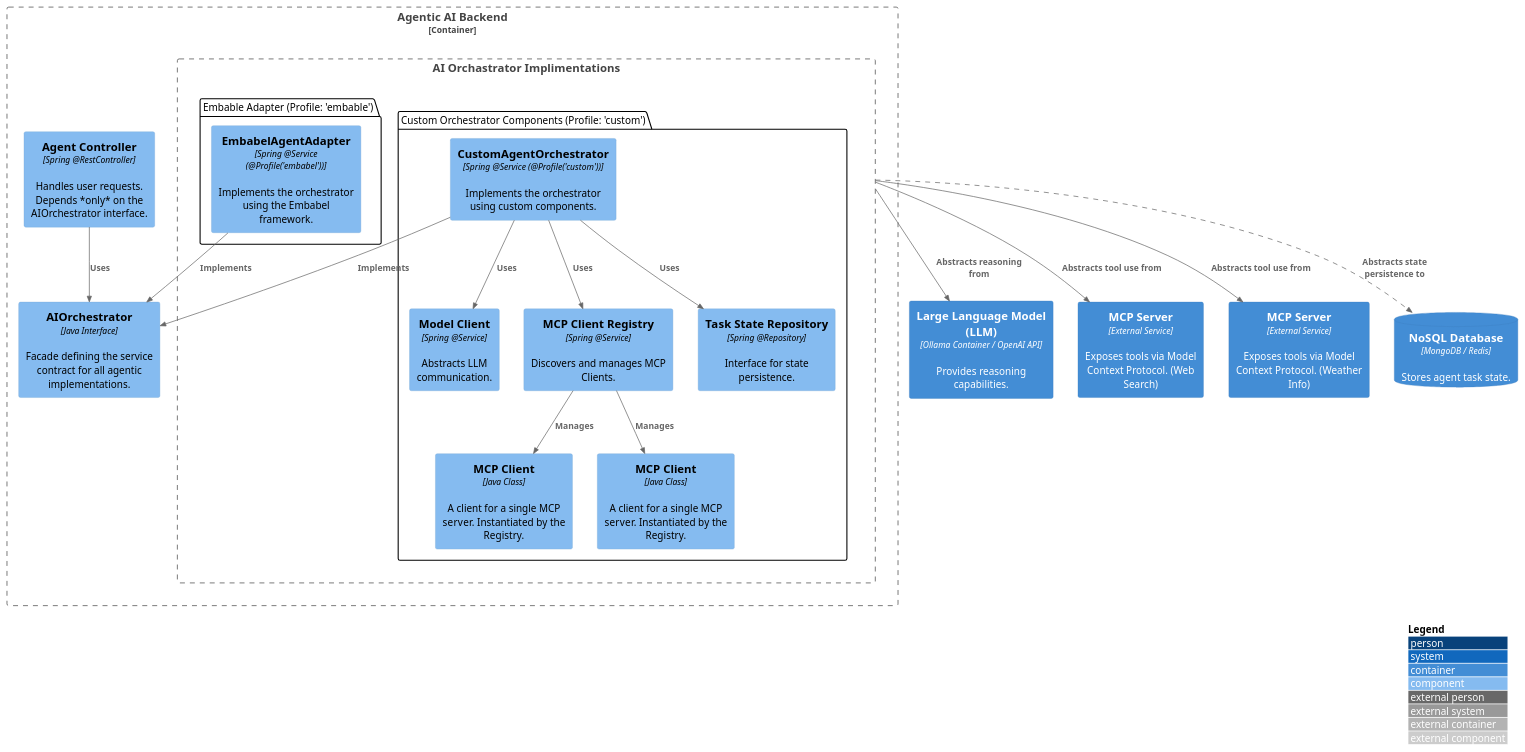
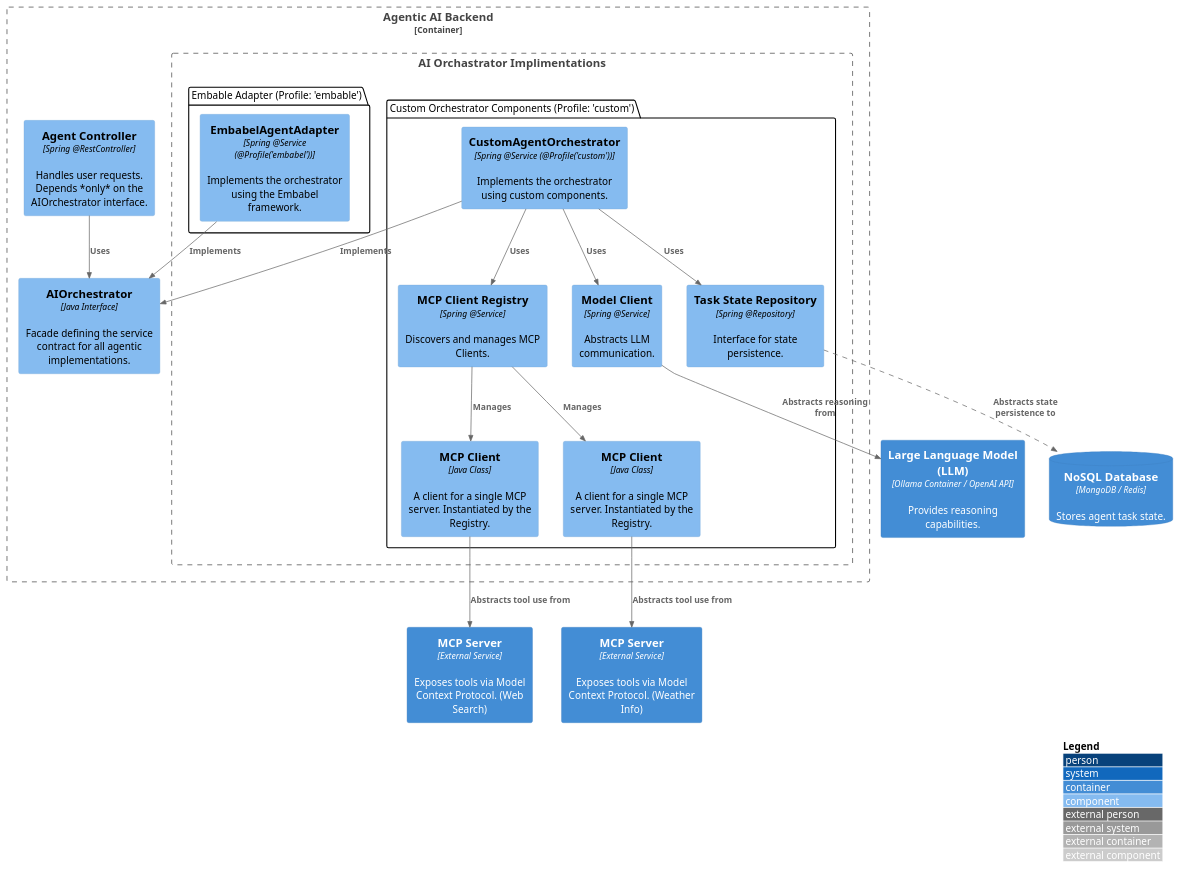
One commit to ndenniszhang/genai-orchestrator changed the diagram in docs/component_diagram.puml. Above: the diagram before and after it, drawn with PlantUML.

Commit message:
udpate plantuml

```diff
--- a/docs/component_diagram.puml
+++ b/docs/component_diagram.puml
@@ -1,52 +1,52 @@
 @startuml
 !include https://raw.githubusercontent.com/plantuml-stdlib/C4-PlantUML/master/C4_Component.puml
 
 AddRelTag("dashed", $lineStyle = DashedLine())
 LAYOUT_WITH_LEGEND()
 
 Container_Boundary(backend, "Agentic AI Backend") {
     Component(agent_controller, "Agent Controller", "Spring @RestController", "Handles user requests. Depends *only* on the AIOrchestrator interface.")
     Component(ai_orchestrator, "AIOrchestrator", "Java Interface", "Facade defining the service contract for all agentic implementations.")
     
     Rel(agent_controller, ai_orchestrator, "Uses")
 
     Boundary(impl, "AI Orchastrator Implimentations") {
         ' --- Implementation 1: Embabel ---
         package "Embable Adapter (Profile: 'embable')" {
             ' Embabel adapter talks to externals via its *own* logic
             Component(embabel_adapter, "EmbabelAgentAdapter", "Spring @Service (@Profile('embabel'))", "Implements the orchestrator using the Embabel framework.")
             Rel(embabel_adapter, ai_orchestrator, "Implements")
         }
         
         ' --- Implementation 2: Custom ---
         package "Custom Orchestrator Components (Profile: 'custom')" {
             Component(custom_orchestrator, "CustomAgentOrchestrator", "Spring @Service (@Profile('custom'))", "Implements the orchestrator using custom components.")
             Component(model_client, "Model Client", "Spring @Service", "Abstracts LLM communication.")
             Component(mcp_client_registry, "MCP Client Registry", "Spring @Service", "Discovers and manages MCP Clients.")
             Component(mcp_client_1, "MCP Client", "Java Class", "A client for a single MCP server. Instantiated by the Registry.")
             Component(mcp_client_2, "MCP Client", "Java Class", "A client for a single MCP server. Instantiated by the Registry.")
             Component(task_state_repository, "Task State Repository", "Spring @Repository", "Interface for state persistence.")
             
             Rel(custom_orchestrator, ai_orchestrator, "Implements")
             Rel(custom_orchestrator, model_client, "Uses")
             Rel(custom_orchestrator, mcp_client_registry, "Uses")
             Rel(mcp_client_registry, mcp_client_1, "Manages")
             Rel(mcp_client_registry, mcp_client_2, "Manages")
             Rel(custom_orchestrator, task_state_repository, "Uses")
         }
     }
 }
 
 ' --- External Systems ---
 Container(llm, "Large Language Model (LLM)", "Ollama Container / OpenAI API", "Provides reasoning capabilities.")
 Container(mcp_server_1, "MCP Server", "External Service", "Exposes tools via Model Context Protocol. (Web Search)")
 Container(mcp_server_2, "MCP Server", "External Service", "Exposes tools via Model Context Protocol. (Weather Info)")
 ContainerDb(database, "NoSQL Database", "MongoDB / Redis", "Stores agent task state.")
 
 ' --- Interface abstracts all external dependencies ---
-Rel(impl, llm, "Abstracts reasoning from")
-Rel(impl, mcp_server_1, "Abstracts tool use from")
-Rel(impl, mcp_server_2, "Abstracts tool use from")
-Rel(impl, database, "Abstracts state persistence to", $tags = "dashed")
+Rel(model_client, llm, "Abstracts reasoning from")
+Rel(mcp_client_1, mcp_server_1, "Abstracts tool use from")
+Rel(mcp_client_2, mcp_server_2, "Abstracts tool use from")
+Rel(task_state_repository, database, "Abstracts state persistence to", $tags = "dashed")
 
 @enduml
```
